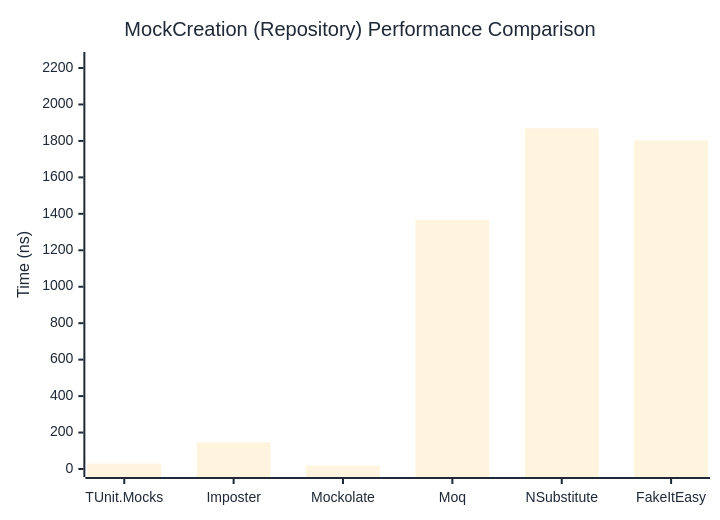
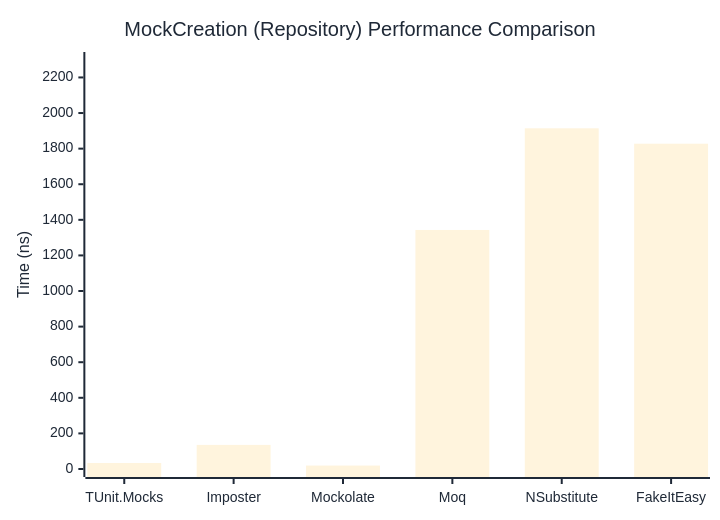
The second of 2 diagrams in docs/docs/benchmarks/mocks/MockCreation.md (thomhurst/TUnit), drawn with Mermaid before and after one commit. The commit also changed other lines of this file and 14 other files, not shown here.

````diff
--- a/docs/docs/benchmarks/mocks/MockCreation.md
+++ b/docs/docs/benchmarks/mocks/MockCreation.md
@@ -71,27 +71,27 @@
 ```mermaid
 %%{init: {
   'theme':'base',
   'themeVariables': {
     'primaryColor': '#2563eb',
     'primaryTextColor': '#1f2937',
     'primaryBorderColor': '#1e40af',
     'lineColor': '#6b7280',
     'secondaryColor': '#7c3aed',
     'tertiaryColor': '#dc2626',
     'background': '#ffffff',
     'pie1': '#2563eb',
     'pie2': '#7c3aed',
     'pie3': '#dc2626',
     'pie4': '#f59e0b',
     'pie5': '#10b981',
     'pie6': '#06b6d4',
     'pie7': '#ec4899',
     'pie8': '#6366f1'
   }
 }}%%
 xychart-beta
   title "MockCreation (Repository) Performance Comparison"
   x-axis ["TUnit.Mocks", "Imposter", "Mockolate", "Moq", "NSubstitute", "FakeItEasy"]
-  y-axis "Time (ns)" 0 --> 2244
-  bar [30.21, 146.84, 19.06, 1366, 1869.53, 1802.65]
+  y-axis "Time (ns)" 0 --> 2298
+  bar [33.66, 135.42, 19.41, 1343.12, 1914.29, 1827.78]
 ```
````
